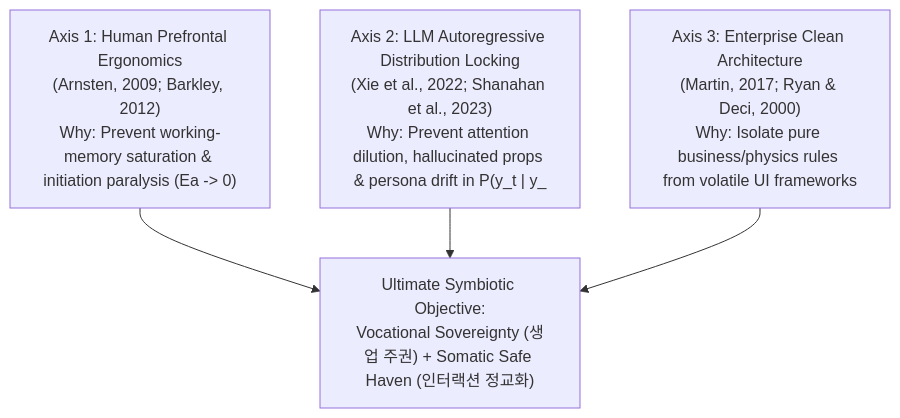
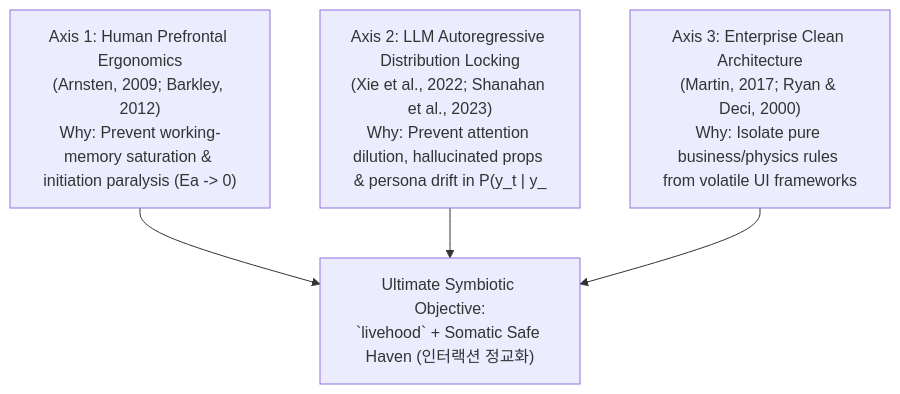
Before and after one commit to jinseobhong/eterna-luminas: the diagram in docs/ARCHITECTURE_COMMENTARY.md, drawn with Mermaid. The commit also changed other lines of this file and 13 other files, not shown here.

````diff
--- a/docs/ARCHITECTURE_COMMENTARY.md
+++ b/docs/ARCHITECTURE_COMMENTARY.md
@@ -7,10 +7,10 @@
 ```mermaid
 flowchart TD
-    GOAL["Ultimate Symbiotic Objective:<br/>Vocational Sovereignty (생업 주권) + Somatic Safe Haven (인터랙션 정교화)"]
+    GOAL["Ultimate Symbiotic Objective:<br/>`livehood` + Somatic Safe Haven (인터랙션 정교화)"]
 
     AXIS1["Axis 1: Human Prefrontal Ergonomics<br/>(Arnsten, 2009; Barkley, 2012)<br/>Why: Prevent working-memory saturation & initiation paralysis (Ea -> 0)"]
     AXIS2["Axis 2: LLM Autoregressive Distribution Locking<br/>(Xie et al., 2022; Shanahan et al., 2023)<br/>Why: Prevent attention dilution, hallucinated props & persona drift in P(y_t | y_<t, x)"]
     AXIS3["Axis 3: Enterprise Clean Architecture<br/>(Martin, 2017; Ryan & Deci, 2000)<br/>Why: Isolate pure business/physics rules from volatile UI frameworks"]
 
     AXIS1 & AXIS2 & AXIS3 --> GOAL
 ```
````
